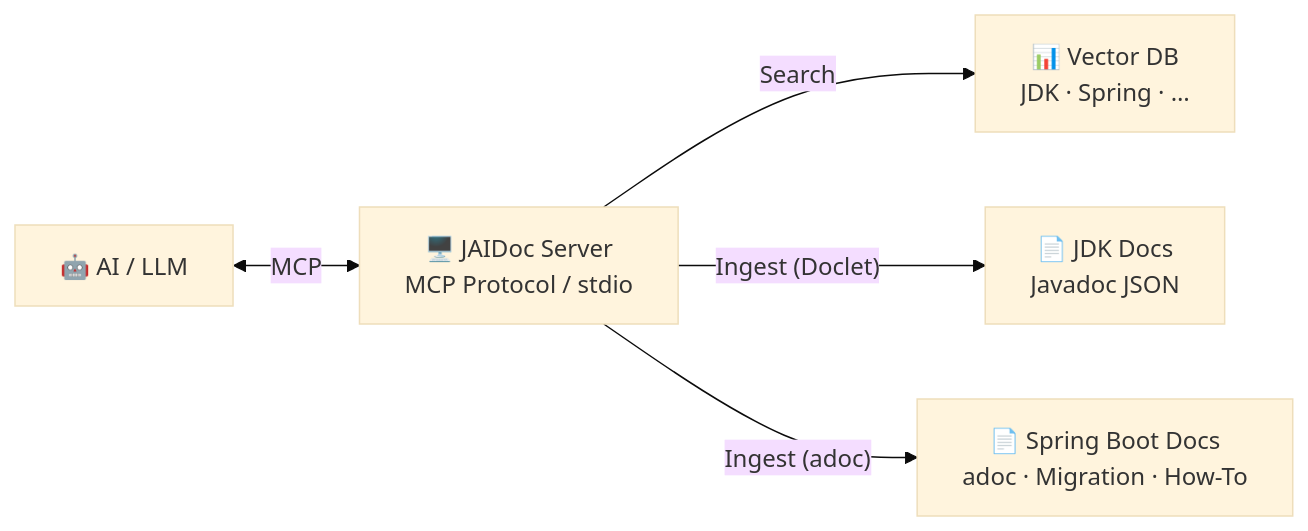
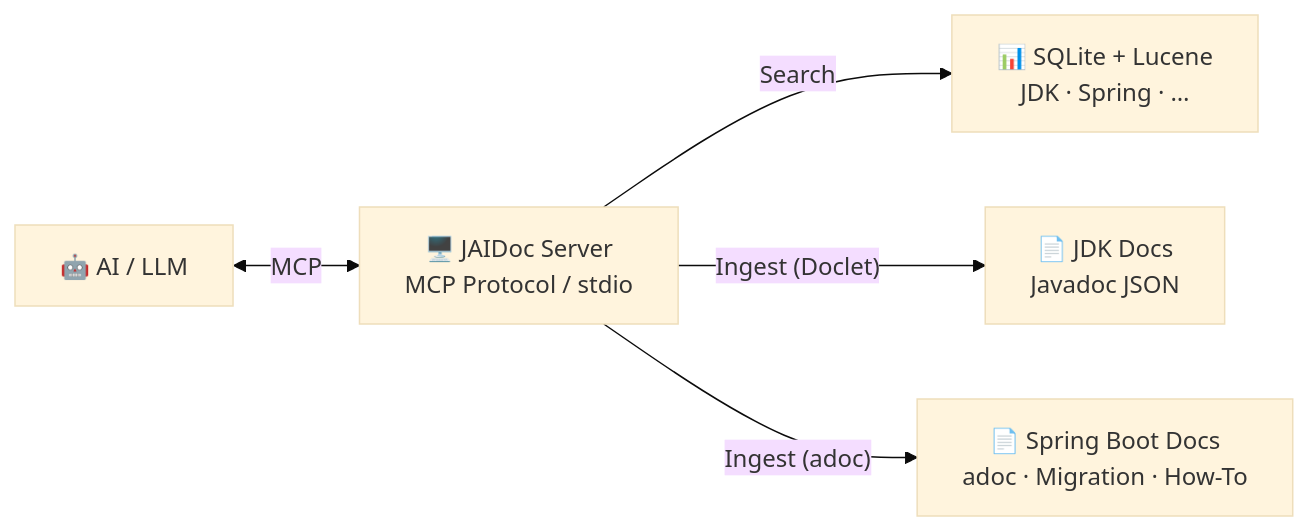
The diagram in README.md (PurrBytesCode/JAIDoc), drawn with Mermaid (base theme) before and after one commit. The commit also changed other lines of this file and 22 other files, not shown here.

First line of the commit message:
feat(persistence): add JPA entities, converters, and repositories for vector search

````diff
--- a/README.md
+++ b/README.md
@@ -119,12 +131,12 @@
 ```mermaid
 graph LR
     ai["🤖 AI / LLM"]
     server["🖥️ JAIDoc Server<br/>MCP Protocol / stdio"]
-    vdb["📊 Vector DB<br/>JDK · Spring · …"]
+    db["📊 SQLite + Lucene<br/>JDK · Spring · …"]
     jdkdocs["📄 JDK Docs<br/>Javadoc JSON"]
     sbdocs["📄 Spring Boot Docs<br/>adoc · Migration · How-To"]
     ai <-->|" MCP "| server
-    server -->|" Search "| vdb
+    server -->|" Search "| db
     server -->|" Ingest (Doclet) "| jdkdocs
     server -->|" Ingest (adoc) "| sbdocs
 ```
````
